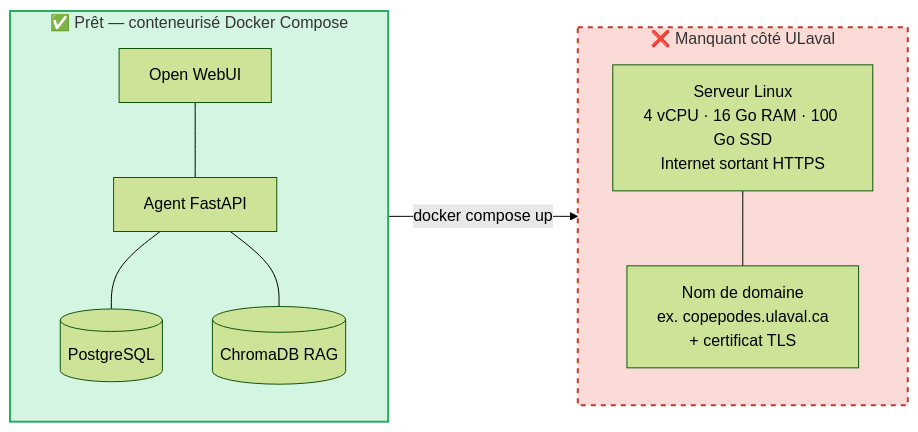
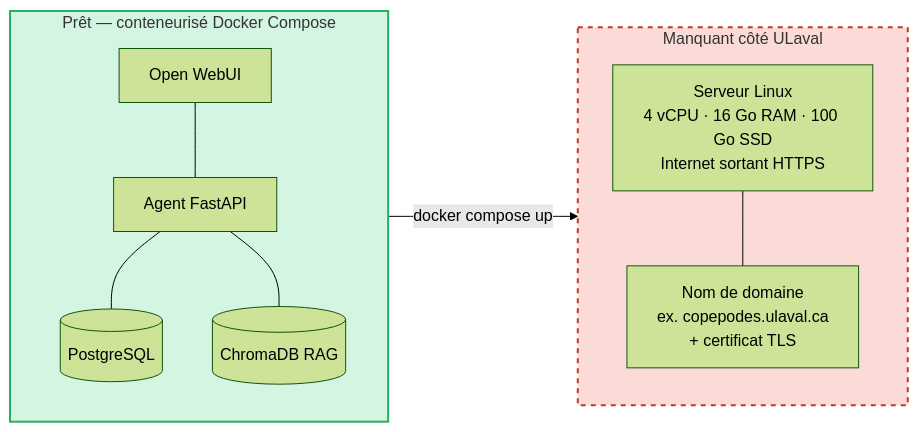
Before and after one commit to TidianeCisse777/IDEA: the third of 3 diagrams in docs/BRIEF_SUPERVISEURS_2026-06.md, drawn with Mermaid (forest theme). The commit also changed other lines of this file and 2 other files, not shown here.

````diff
--- a/docs/BRIEF_SUPERVISEURS_2026-06.md
+++ b/docs/BRIEF_SUPERVISEURS_2026-06.md
@@ -138,25 +138,25 @@
 ```mermaid
 flowchart LR
-    subgraph READY[✅ Prêt — conteneurisé Docker Compose]
+    subgraph READY[Prêt — conteneurisé Docker Compose]
         direction TB
         OW[Open WebUI]
         AG[Agent FastAPI]
         PG[(PostgreSQL)]
         CH[(ChromaDB RAG)]
         OW --- AG
         AG --- PG
         AG --- CH
     end
 
-    subgraph MISSING[❌ Manquant côté ULaval]
+    subgraph MISSING[Manquant côté ULaval]
         direction TB
         SRV[Serveur Linux<br/>4 vCPU · 16 Go RAM · 100 Go SSD<br/>Internet sortant HTTPS]
         DNS[Nom de domaine<br/>ex. copepodes.ulaval.ca<br/>+ certificat TLS]
     end
 
     READY -->|docker compose up| SRV
     SRV --- DNS
 
     style READY fill:#d5f5e3,stroke:#27ae60,stroke-width:2px
     style MISSING fill:#fadbd8,stroke:#c0392b,stroke-width:2px,stroke-dasharray: 5 5
 ```
````
